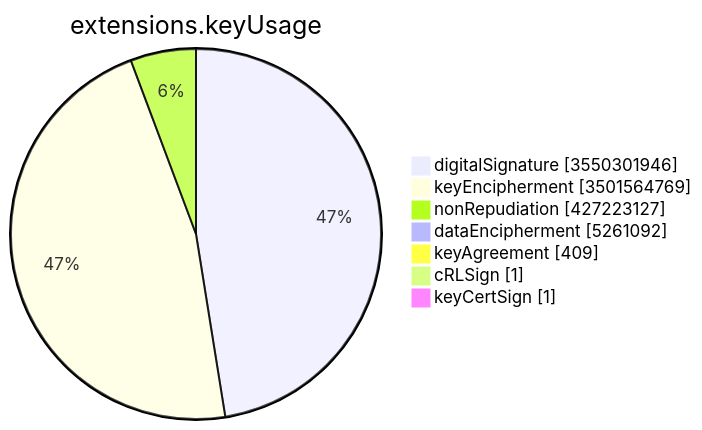
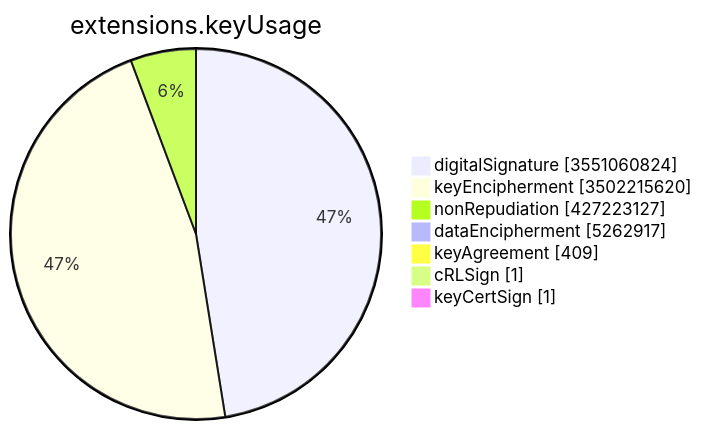
Before and after one commit to christiankrug/ctmonitor_visualization: the sixth of 15 diagrams in TOTAL/README.md, drawn with Mermaid. The commit also changed other lines of this file, not shown here.

````diff
--- a/TOTAL/README.md
+++ b/TOTAL/README.md
@@ -3083,11 +3083,11 @@
 ```mermaid
 pie showData
 title extensions.keyUsage
-"digitalSignature" :3550301946
-"keyEncipherment" :3501564769
+"digitalSignature" :3551060824
+"keyEncipherment" :3502215620
 "nonRepudiation" :427223127
-"dataEncipherment" :5261092
+"dataEncipherment" :5262917
 "keyAgreement" :409
 "cRLSign" :1
 "keyCertSign" :1
 ```
````
